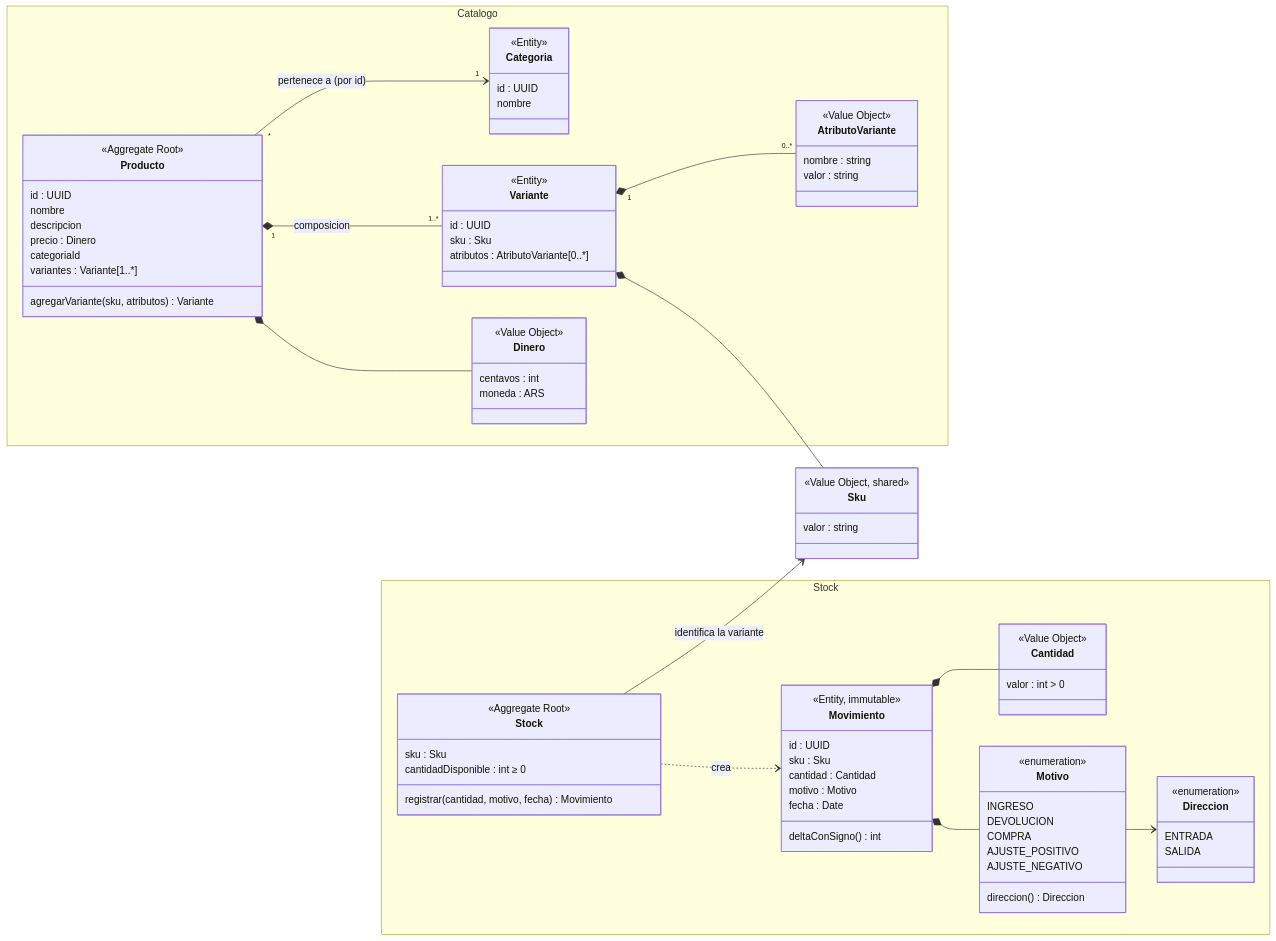
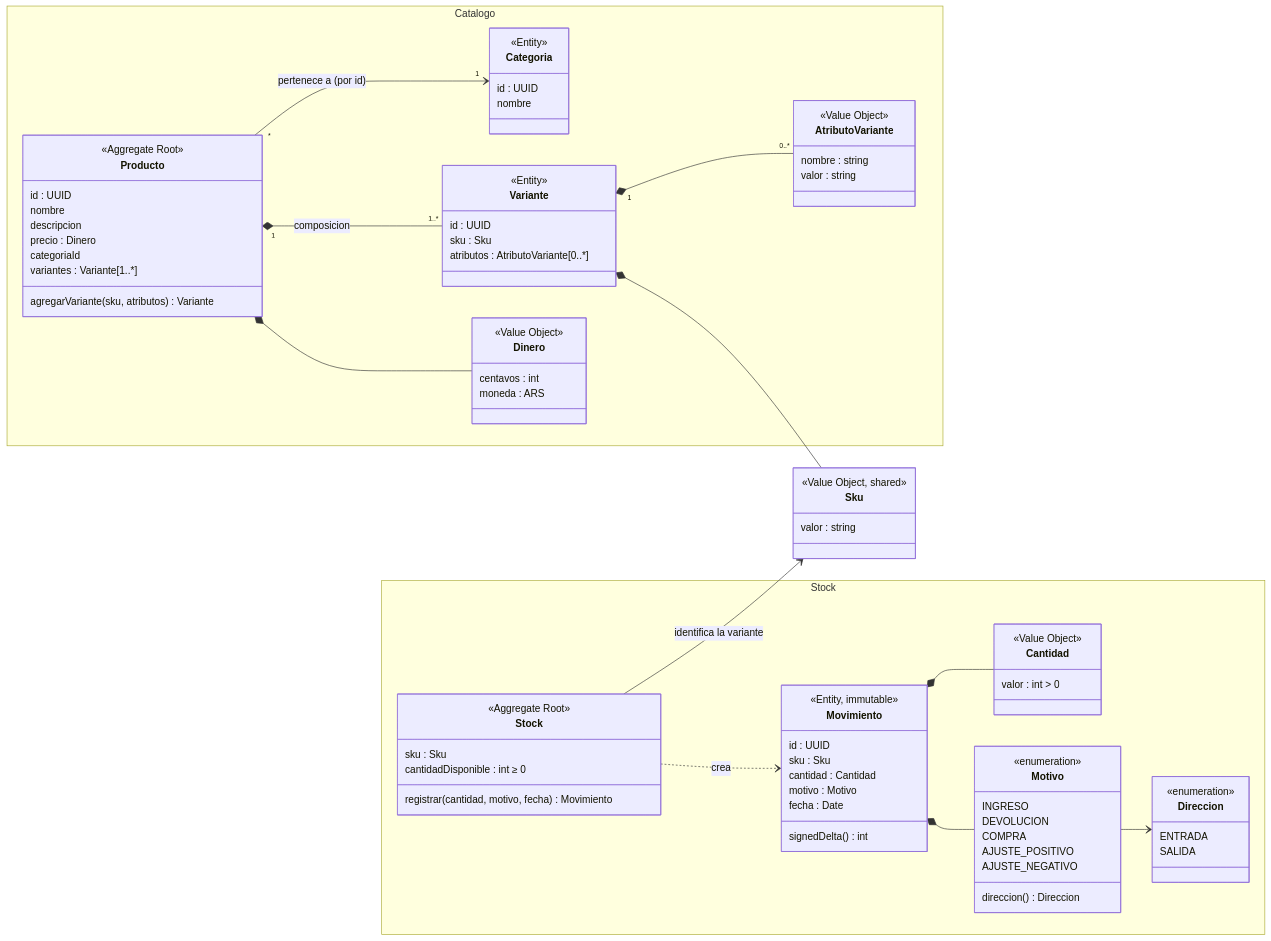
One commit to eprediger/challenge-backend-ecommerce changed the diagram in PLAN.md. Above: the diagram before and after it, drawn with Mermaid. The commit also changed other lines of this file and 16 other files, not shown here.

```diff
--- a/PLAN.md
+++ b/PLAN.md
@@ -77,7 +77,7 @@
             cantidad : Cantidad
             motivo : Motivo
             fecha : Date
-            deltaConSigno() int
+            signedDelta() int
         }
         class Cantidad {
             <<Value Object>>
```
